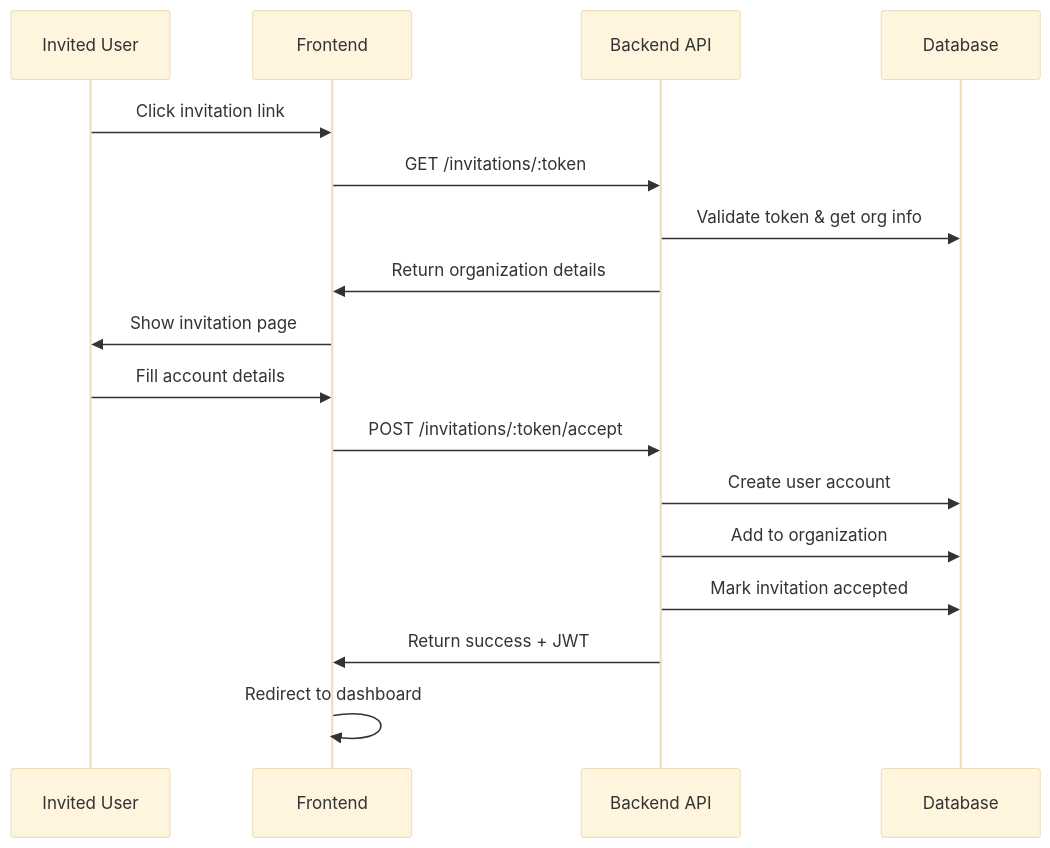
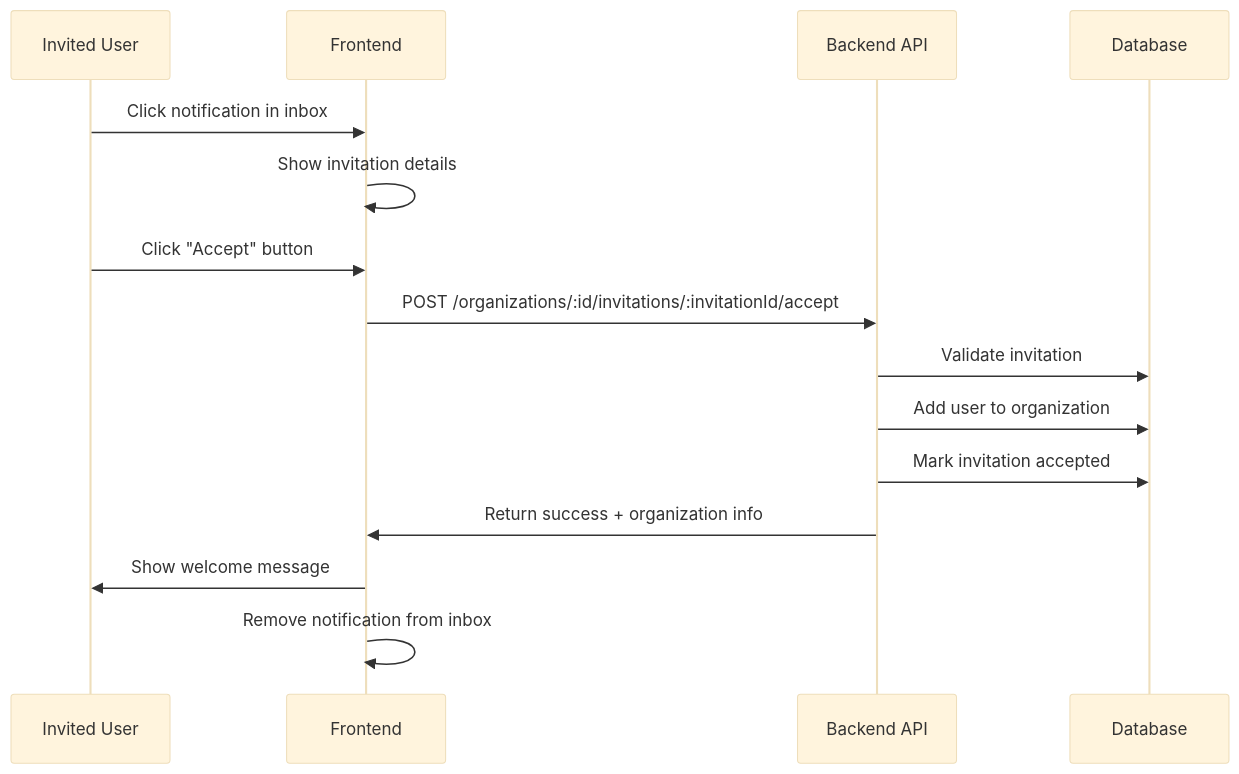
Before and after one commit to not-joosh/jynx: the second of 3 diagrams in libs/data/src/lib/documentation/organization-invitations.md, drawn with Mermaid (base theme). The commit also changed other lines of this file and 46 other files, not shown here.

````diff
--- a/libs/data/src/lib/documentation/organization-invitations.md
+++ b/libs/data/src/lib/documentation/organization-invitations.md
@@ -288,20 +288,18 @@
 ```mermaid
 sequenceDiagram
     participant I as Invited User
     participant F as Frontend
     participant B as Backend API
     participant DB as Database
 
-    I->>F: Click invitation link
-    F->>B: GET /invitations/:token
-    B->>DB: Validate token & get org info
-    B->>F: Return organization details
-    F->>I: Show invitation page
-    I->>F: Fill account details
-    F->>B: POST /invitations/:token/accept
-    B->>DB: Create user account
-    B->>DB: Add to organization
+    I->>F: Click notification in inbox
+    F->>F: Show invitation details
+    I->>F: Click "Accept" button
+    F->>B: POST /organizations/:id/invitations/:invitationId/accept
+    B->>DB: Validate invitation
+    B->>DB: Add user to organization
     B->>DB: Mark invitation accepted
-    B->>F: Return success + JWT
-    F->>F: Redirect to dashboard
+    B->>F: Return success + organization info
+    F->>I: Show welcome message
+    F->>F: Remove notification from inbox
 ```
````
